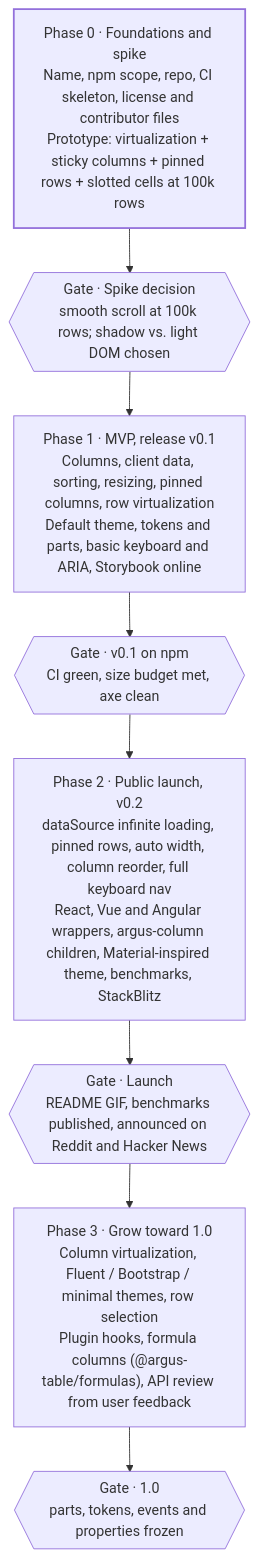
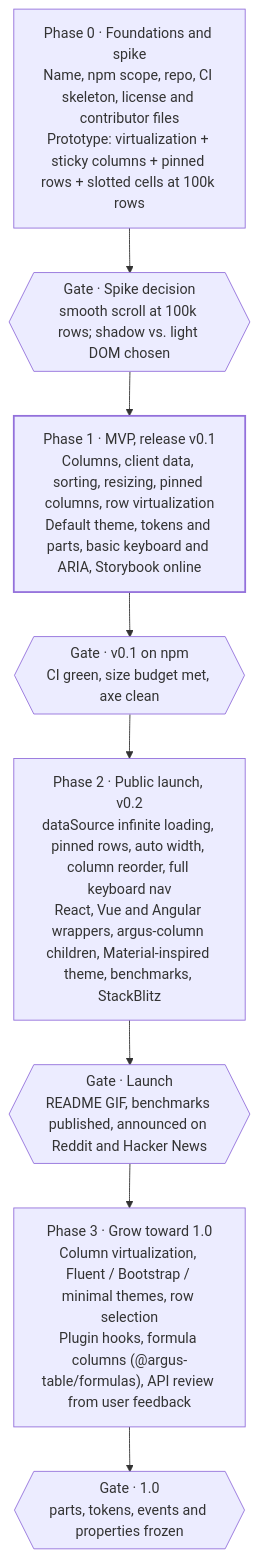
Before and after one commit to Joessst-Dev/argus-table: the diagram in docs/plan/plan/12-roadmap.md, drawn with Mermaid. The commit also changed other lines of this file and 11 other files, not shown here.

````diff
--- a/docs/plan/plan/12-roadmap.md
+++ b/docs/plan/plan/12-roadmap.md
@@ -9,16 +11,16 @@
 ```mermaid
 flowchart TD
     P0["Phase 0 · Foundations and spike<br/>Name, npm scope, repo, CI skeleton, license and contributor files<br/>Prototype: virtualization + sticky columns + pinned rows + slotted cells at 100k rows"]
     G0{{"Gate · Spike decision<br/>smooth scroll at 100k rows; shadow vs. light DOM chosen"}}
     P1["Phase 1 · MVP, release v0.1<br/>Columns, client data, sorting, resizing, pinned columns, row virtualization<br/>Default theme, tokens and parts, basic keyboard and ARIA, Storybook online"]
     G1{{"Gate · v0.1 on npm<br/>CI green, size budget met, axe clean"}}
     P2["Phase 2 · Public launch, v0.2<br/>dataSource infinite loading, pinned rows, auto width, column reorder, full keyboard nav<br/>React, Vue and Angular wrappers, argus-column children, Material-inspired theme, benchmarks, StackBlitz"]
     G2{{"Gate · Launch<br/>README GIF, benchmarks published, announced on Reddit and Hacker News"}}
     P3["Phase 3 · Grow toward 1.0<br/>Column virtualization, Fluent / Bootstrap / minimal themes, row selection<br/>Plugin hooks, formula columns (@argus-table/formulas), API review from user feedback"]
     G3{{"Gate · 1.0<br/>parts, tokens, events and properties frozen"}}
 
     P0 --> G0 --> P1 --> G1 --> P2 --> G2 --> P3 --> G3
 
     classDef main stroke-width:2px
-    class P0 main
+    class P1 main
 ```
````
